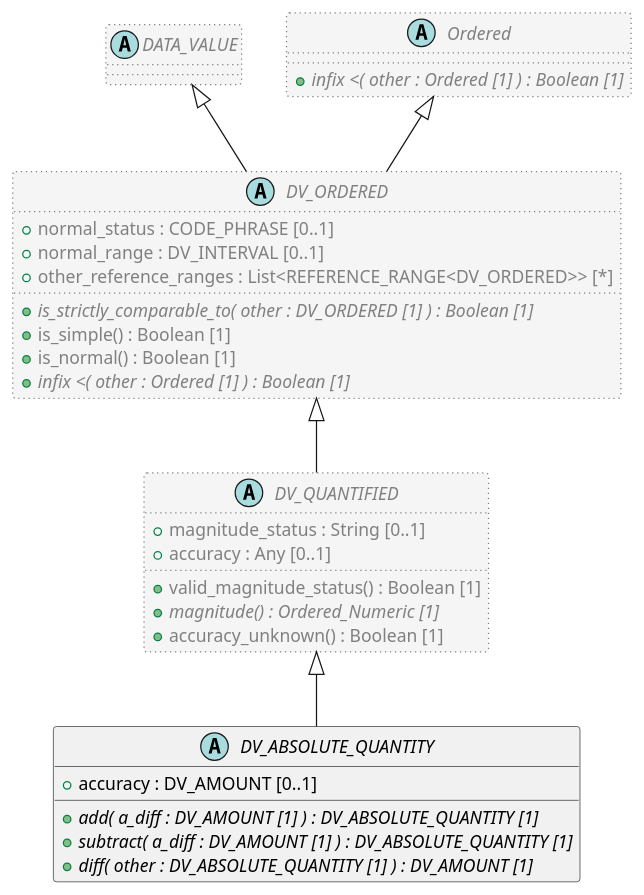
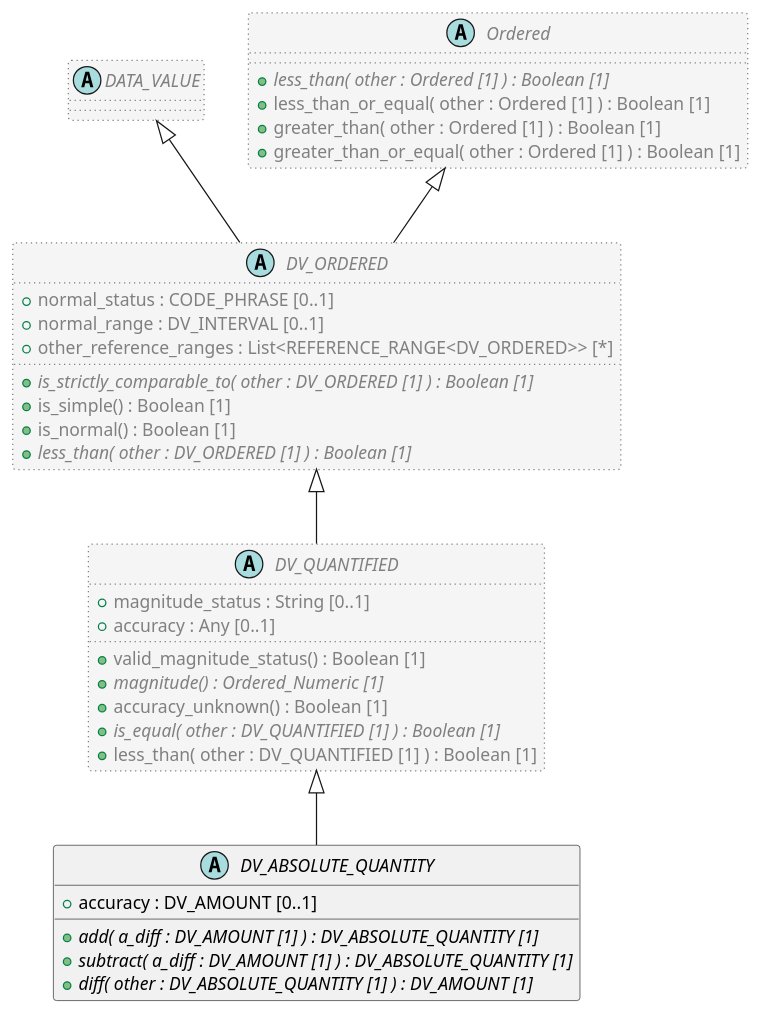
One commit to sebastian-iancu/code-generator changed the diagram in code/Adoc/openehr_rm_1.2.0/plantUML/classes/org.openehr.rm.data_types.dv_absolute_quantity.adoc. Above: the diagram before and after it, drawn with PlantUML. The commit also changed 719 other files, not shown here.

```diff
--- a/code/Adoc/openehr_rm_1.2.0/plantUML/classes/org.openehr.rm.data_types.dv_absolute_quantity.adoc
+++ b/code/Adoc/openehr_rm_1.2.0/plantUML/classes/org.openehr.rm.data_types.dv_absolute_quantity.adoc
@@ -1,47 +1,52 @@
 [plantuml,DV_ABSOLUTE_QUANTITY,format=svg,svg-type="inline"]
 -----
 @startuml
 
 abstract class DV_ABSOLUTE_QUANTITY {
   + accuracy : DV_AMOUNT [0..1]
   + {abstract} add( a_diff : DV_AMOUNT [1] ) : DV_ABSOLUTE_QUANTITY [1]
   + {abstract} subtract( a_diff : DV_AMOUNT [1] ) : DV_ABSOLUTE_QUANTITY [1]
   + {abstract} diff( other : DV_ABSOLUTE_QUANTITY [1] ) : DV_AMOUNT [1]
 }
 
 abstract class DV_QUANTIFIED  #whitesmoke;line:gray;line.dotted;text:gray {
   + magnitude_status : String [0..1]
   + accuracy : Any [0..1]
   + valid_magnitude_status() : Boolean [1]
   + {abstract} magnitude() : Ordered_Numeric [1]
   + accuracy_unknown() : Boolean [1]
+  + {abstract} is_equal( other : DV_QUANTIFIED [1] ) : Boolean [1]
+  + less_than( other : DV_QUANTIFIED [1] ) : Boolean [1]
 }
 
 abstract class DV_ORDERED  #whitesmoke;line:gray;line.dotted;text:gray {
   + normal_status : CODE_PHRASE [0..1]
   + normal_range : DV_INTERVAL [0..1]
   + other_reference_ranges : List<REFERENCE_RANGE<DV_ORDERED>> [*]
   + {abstract} is_strictly_comparable_to( other : DV_ORDERED [1] ) : Boolean [1]
   + is_simple() : Boolean [1]
   + is_normal() : Boolean [1]
-  + {abstract} infix <( other : Ordered [1] ) : Boolean [1]
+  + {abstract} less_than( other : DV_ORDERED [1] ) : Boolean [1]
 }
 
 abstract class DATA_VALUE  #whitesmoke;line:gray;line.dotted;text:gray {
 }
 
 DATA_VALUE <|-- DV_ORDERED
 
 abstract class Ordered  #whitesmoke;line:gray;line.dotted;text:gray {
-  + {abstract} infix <( other : Ordered [1] ) : Boolean [1]
+  + {abstract} less_than( other : Ordered [1] ) : Boolean [1]
+  + less_than_or_equal( other : Ordered [1] ) : Boolean [1]
+  + greater_than( other : Ordered [1] ) : Boolean [1]
+  + greater_than_or_equal( other : Ordered [1] ) : Boolean [1]
 }
 
 Ordered <|-- DV_ORDERED
 
 DV_ORDERED <|-- DV_QUANTIFIED
 
 DV_QUANTIFIED <|-- DV_ABSOLUTE_QUANTITY
 
 
 @enduml
 -----
```
